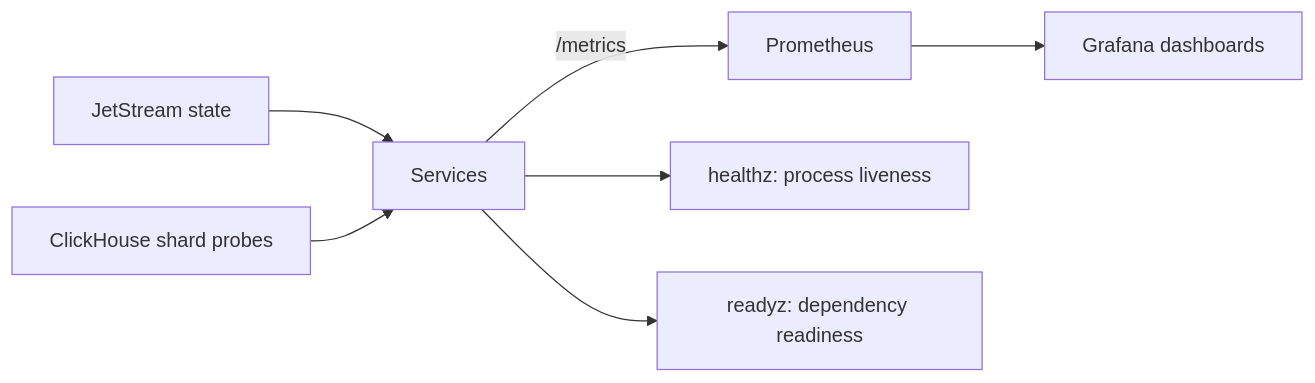
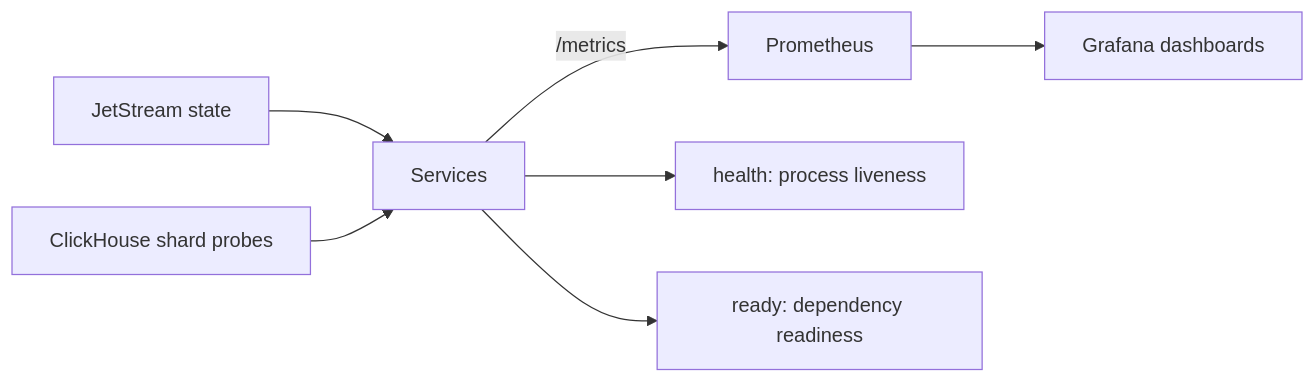
One commit to PratypartyY2K/real-time-log-aggregator changed diagram 13 of 13 in docs/architecture.md. Above: the diagram before and after it, drawn with Mermaid. The commit also changed 2 other files, not shown here.

Commit message:
Update API and operations documentation: rename health and readiness endpoints to `/health` and `/ready`, maintaining compatibility with aliases.

````diff
--- a/docs/architecture.md
+++ b/docs/architecture.md
@@ -599,9 +599,9 @@
 ```mermaid
 flowchart LR
     S["Services"] -->|"/metrics"| P["Prometheus"]
     P --> G["Grafana dashboards"]
-    S --> H["healthz: process liveness"]
-    S --> R["readyz: dependency readiness"]
+    S --> H["health: process liveness"]
+    S --> R["ready: dependency readiness"]
     J["JetStream state"] --> S
     C["ClickHouse shard probes"] --> S
 ```
````
